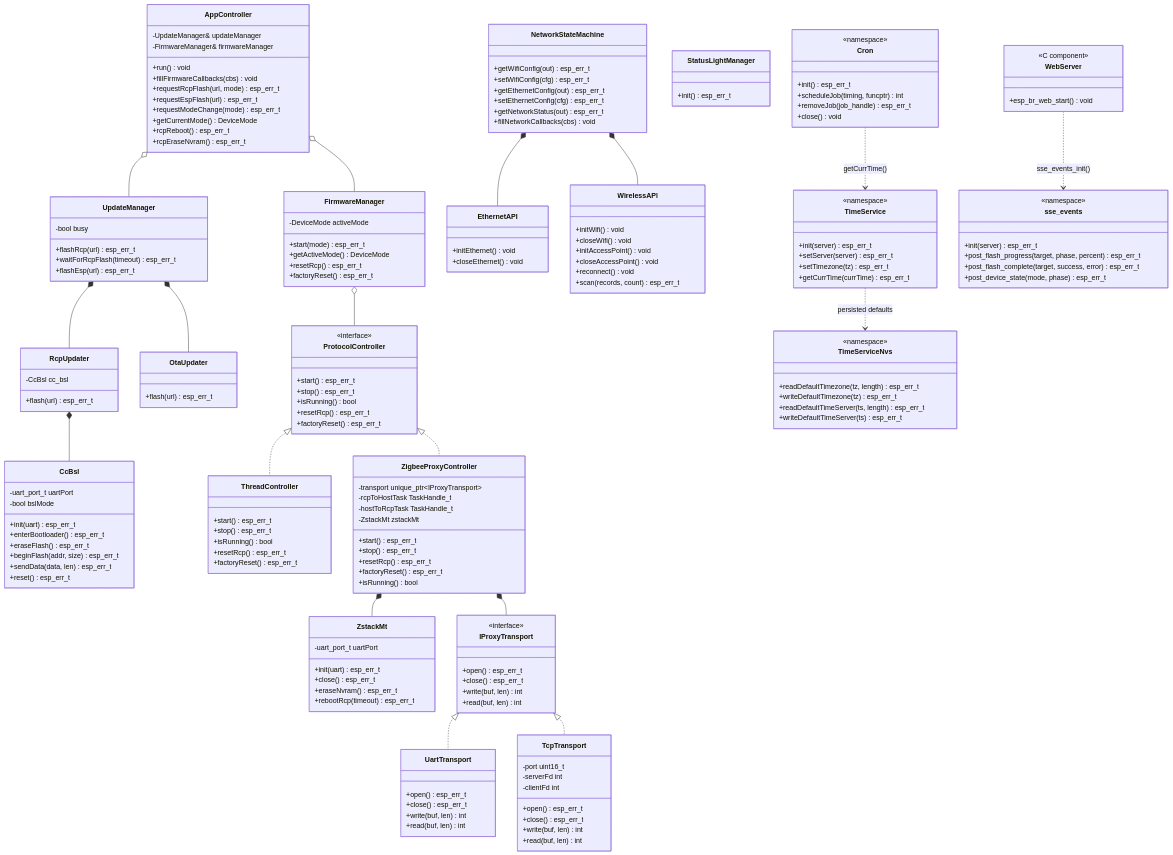
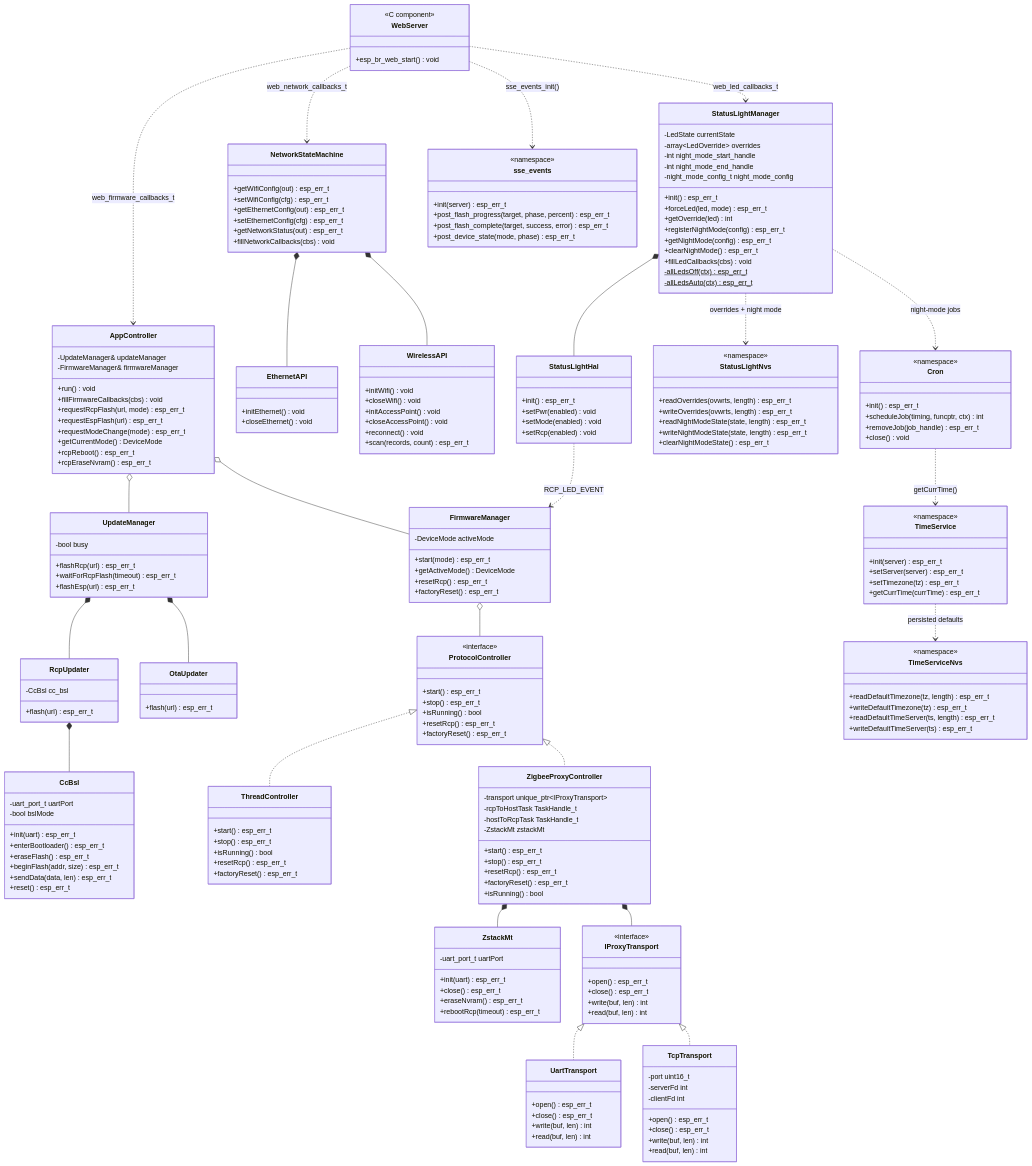
Before and after one commit to codm/czc-unified: the third of 5 diagrams in README.md, drawn with Mermaid. The commit also changed other lines of this file and 1 other file, not shown here.

````diff
--- a/README.md
+++ b/README.md
@@ -673,7 +721,34 @@
     }
 
     class StatusLightManager {
+        -LedState currentState
+        -array~LedOverride~ overrides
+        -int night_mode_start_handle
+        -int night_mode_end_handle
+        -night_mode_config_t night_mode_config
         +init() esp_err_t
+        +forceLed(led, mode) esp_err_t
+        +getOverride(led) int
+        +registerNightMode(config) esp_err_t
+        +getNightMode(config) esp_err_t
+        +clearNightMode() esp_err_t
+        +fillLedCallbacks(cbs) void
+        -allLedsOff(ctx)$ esp_err_t
+        -allLedsAuto(ctx)$ esp_err_t
+    }
+    class StatusLightHal {
+        +init() esp_err_t
+        +setPwr(enabled) void
+        +setMode(enabled) void
+        +setRcp(enabled) void
+    }
+    class StatusLightNvs {
+        <<namespace>>
+        +readOverrides(ovwrts, length) esp_err_t
+        +writeOverrides(ovwrts, length) esp_err_t
+        +readNightModeState(state, length) esp_err_t
+        +writeNightModeState(state, length) esp_err_t
+        +clearNightModeState() esp_err_t
     }
 
     class TimeService {
@@ -694,7 +769,7 @@
     class Cron {
         <<namespace>>
         +init() esp_err_t
-        +scheduleJob(timing, funcptr) int
+        +scheduleJob(timing, funcptr, ctx) int
         +removeJob(job_handle) esp_err_t
         +close() void
     }
@@ -729,7 +804,15 @@
     NetworkStateMachine *-- EthernetAPI
     NetworkStateMachine *-- WirelessAPI
 
+    StatusLightManager *-- StatusLightHal
+    StatusLightManager ..> StatusLightNvs : overrides + night mode
+    StatusLightManager ..> Cron : night-mode jobs
+    StatusLightHal ..> FirmwareManager : RCP_LED_EVENT
+
     WebServer ..> sse_events : sse_events_init()
+    WebServer ..> AppController : web_firmware_callbacks_t
+    WebServer ..> NetworkStateMachine : web_network_callbacks_t
+    WebServer ..> StatusLightManager : web_led_callbacks_t
     TimeService ..> TimeServiceNvs : persisted defaults
     Cron ..> TimeService : getCurrTime()
 ```
````
